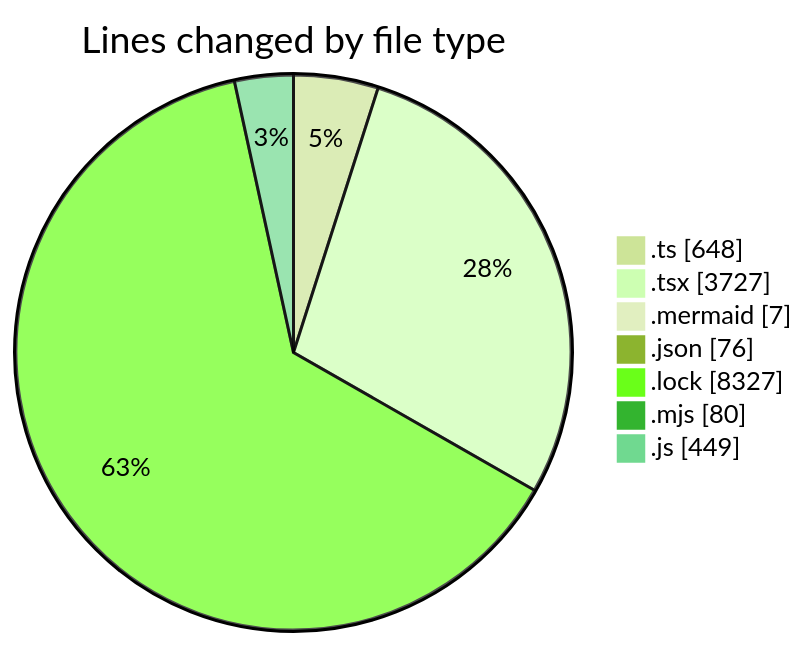
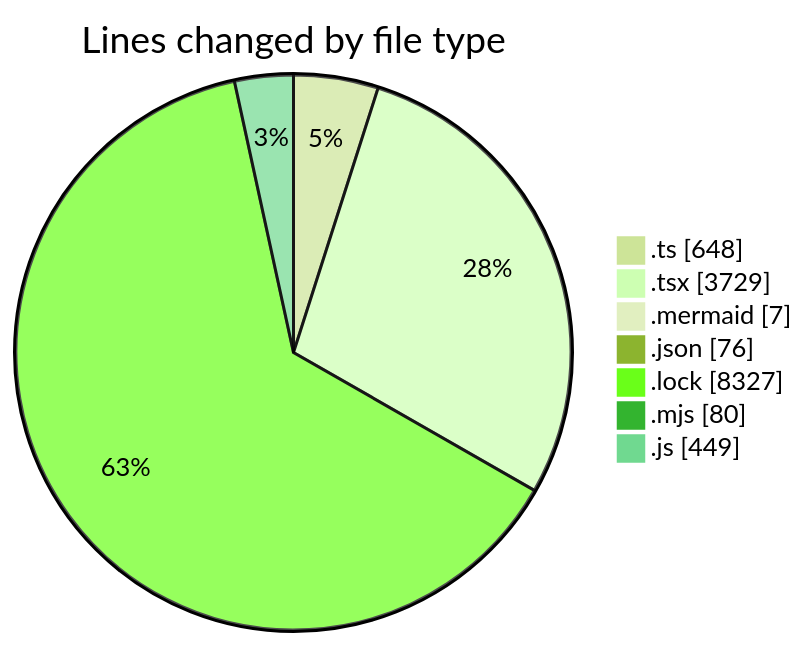
The first of 2 diagrams in 2026-09-08/cda/README.md (momahboobian/code-tracking), drawn with Mermaid (forest theme) before and after one commit. The commit also changed other lines of this file and 1 other file, not shown here.

````diff
--- a/2026-09-08/cda/README.md
+++ b/2026-09-08/cda/README.md
@@ -49,11 +49,11 @@
 ```mermaid
 pie showData
 title Lines changed by file type
 ".ts" : 648
-".tsx" : 3727
+".tsx" : 3729
 ".mermaid" : 7
 ".json" : 76
 ".lock" : 8327
 ".mjs" : 80
 ".js" : 449
 ```
````
